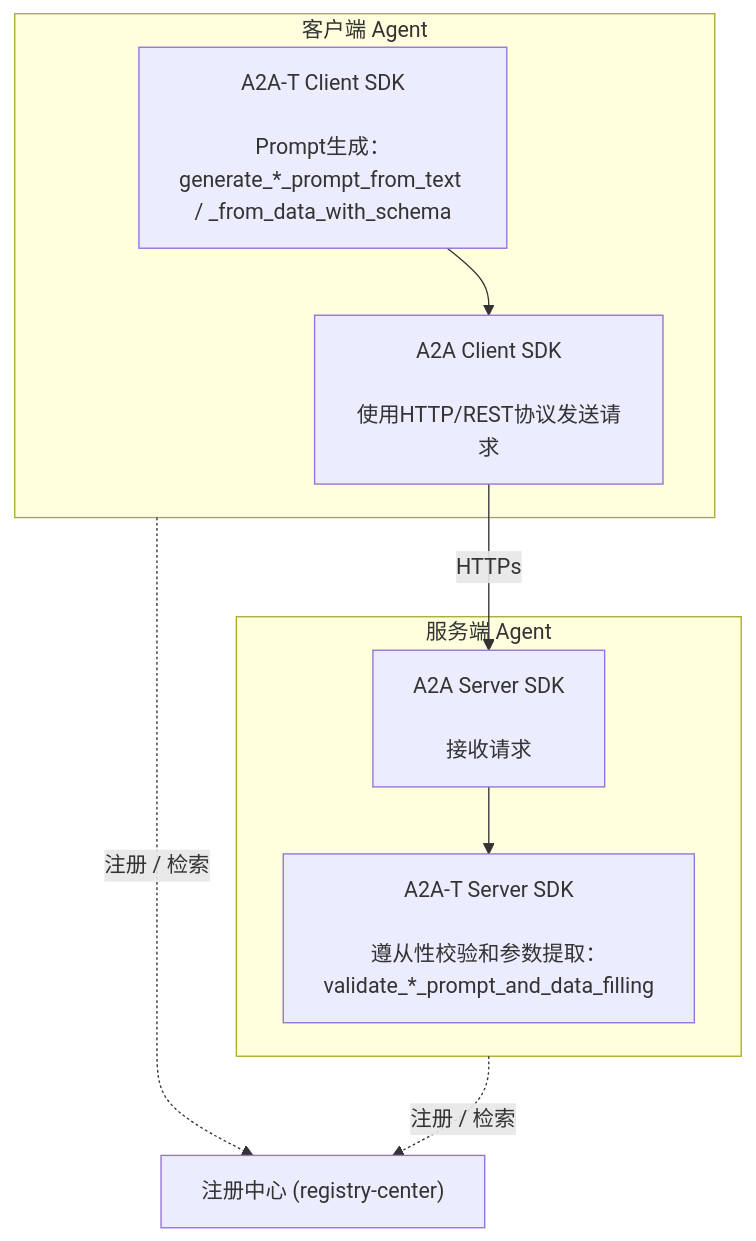
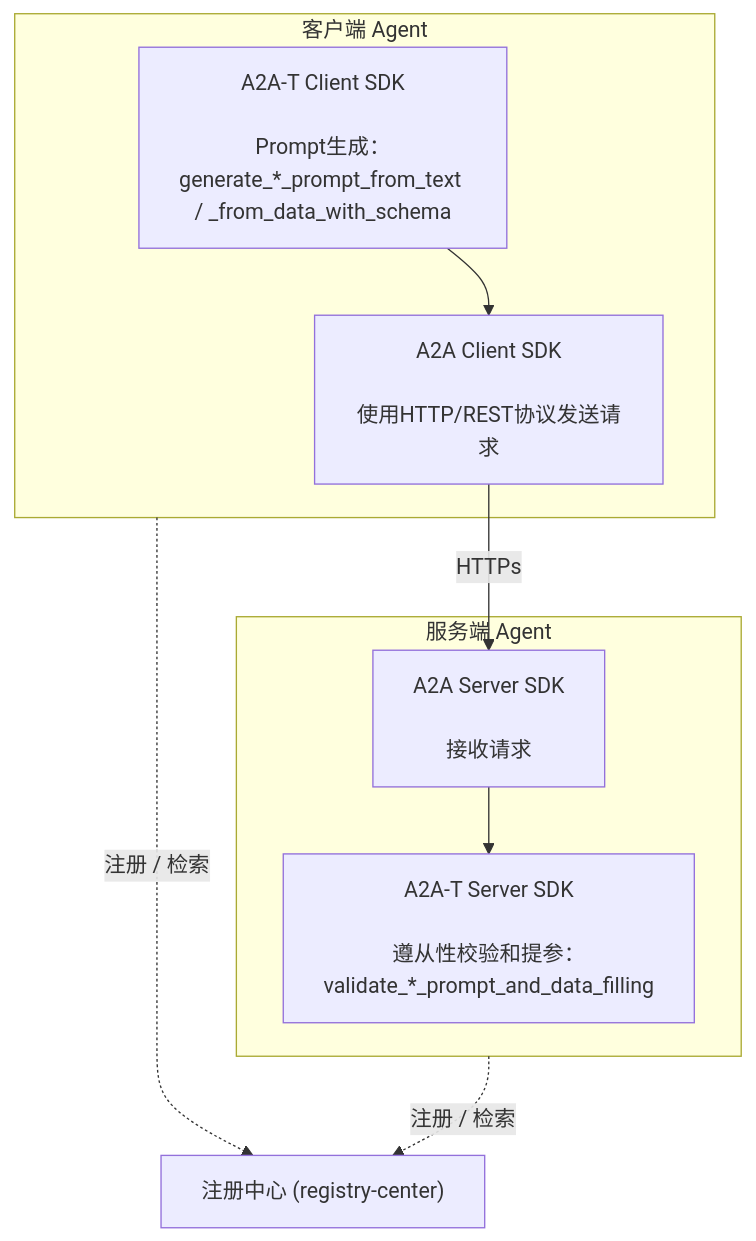
The second of 4 diagrams in docs/zh/开发指南.md (project-openan/a2a-t-sdk-python), drawn with Mermaid before and after one commit. The commit also changed other lines of this file and 22 other files, not shown here.

````diff
--- a/docs/zh/开发指南.md
+++ b/docs/zh/开发指南.md
@@ -59,20 +62,20 @@
 ```mermaid
 flowchart TD
     subgraph Client["客户端 Agent"]
         A1["A2A-T Client SDK<br><br>Prompt生成：generate_*_prompt_from_text / _from_data_with_schema"]
         A2["A2A Client SDK<br><br>使用HTTP/REST协议发送请求"]
         A1 --> A2
     end
 
     subgraph Server["服务端 Agent"]
-        B1["A2A-T Server SDK<br><br>遵从性校验和参数提取：validate_*_prompt_and_data_filling"]
+        B1["A2A-T Server SDK<br><br>遵从性校验和提参：validate_*_prompt_and_data_filling"]
         B2["A2A Server SDK<br><br>接收请求"]
         B2 --> B1
     end
 
     Registry["注册中心 (registry-center)"]
 
     A2 -- HTTPs --> B2
     Client -. 注册 / 检索 .-> Registry
     Server -. 注册 / 检索 .-> Registry
 ```
````
